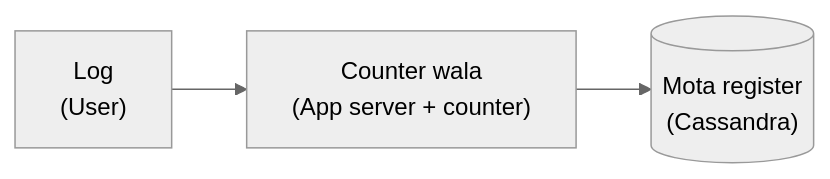
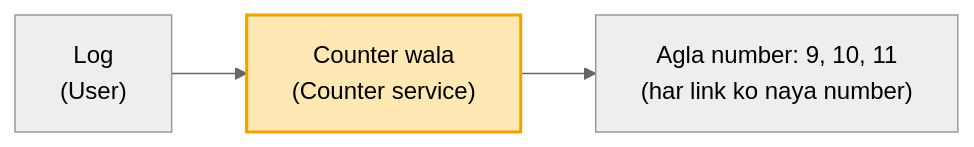
The first of 11 diagrams in 04_HLD/SYSTEM_DESIGNS/01_url_shortener/01_url_shortener.md (ArpanMaheshwari144/Prep), drawn with Mermaid (neutral theme) before and after one commit. The commit also changed other lines of this file and 17 other files, not shown here.

Commit message:
HLD: 17 main files hand notes se milaye (har block alag section, kahani + asli naam, mermaid), technical naam bhi rakhe

````diff
--- a/04_HLD/SYSTEM_DESIGNS/01_url_shortener/01_url_shortener.md
+++ b/04_HLD/SYSTEM_DESIGNS/01_url_shortener/01_url_shortener.md
@@ -37,5 +32,6 @@
 ```mermaid
 flowchart LR
-    U["Log<br/>(User)"] --> C["Counter wala<br/>(App server + counter)"]
-    C --> D[("Mota register<br/>(Cassandra)")]
+    U["Log<br/>(User)"] --> C["Counter wala<br/>(Counter service)"]
+    C --> N["Agla number: 9, 10, 11<br/>(har link ko naya number)"]
+    style C fill:#ffe8b3,stroke:#f59f00,stroke-width:2px,color:#000
 ```
````
